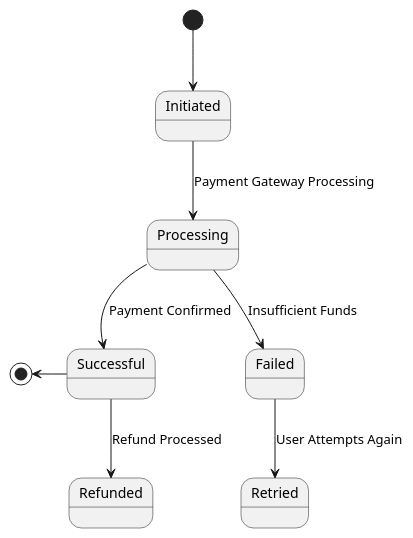
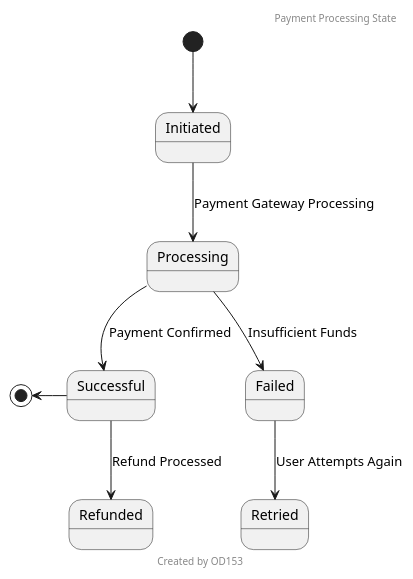
The diagram in uml/state/payment-processing-state.puml (donassis/e-commerce), drawn with PlantUML before and after one commit. The commit also changed 91 other files, not shown here.

Commit message:
updated diagrams with headers and footers

```diff
--- a/uml/state/payment-processing-state.puml
+++ b/uml/state/payment-processing-state.puml
@@ -1,9 +1,11 @@
 @startuml
+header Payment Processing State
+footer Created by OD153
 [*] --> Initiated
 Initiated --> Processing : Payment Gateway Processing
 Processing --> Successful : Payment Confirmed
 Processing --> Failed : Insufficient Funds
 Successful --> Refunded : Refund Processed
 Failed --> Retried : User Attempts Again
 [*] <-- Successful
 @enduml
```
